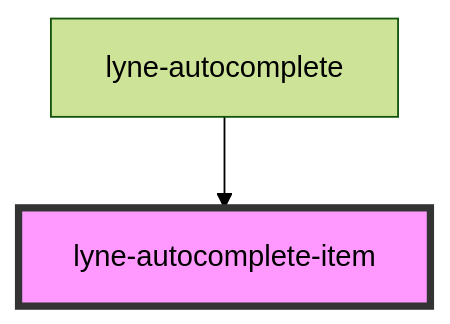
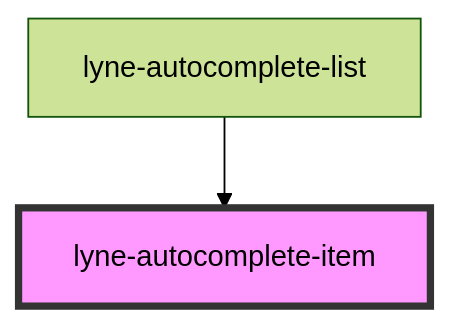
The diagram in src/components/lyne-autocomplete-item/readme.md (sbb-design-systems/lyne-components), drawn with Mermaid (forest theme) before and after one commit. The commit also changed other lines of this file and 13 other files, not shown here.

Commit message:
refactor: add dedicated autocomplete-list component to further modularize

````diff
--- a/src/components/lyne-autocomplete-item/readme.md
+++ b/src/components/lyne-autocomplete-item/readme.md
@@ -34,5 +34,5 @@
 ```mermaid
 graph TD;
-  lyne-autocomplete --> lyne-autocomplete-item
+  lyne-autocomplete-list --> lyne-autocomplete-item
   style lyne-autocomplete-item fill:#f9f,stroke:#333,stroke-width:4px
 ```
````
